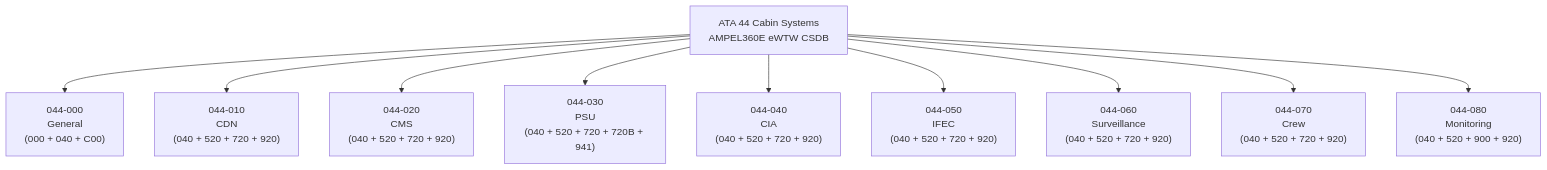
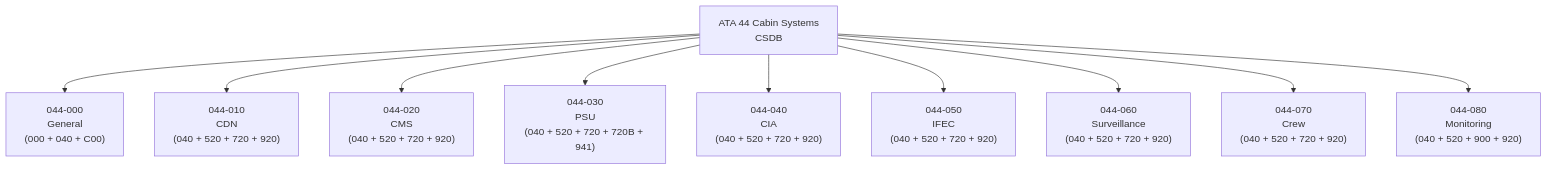
Before and after one commit to AmedeoPelliccia/Qplus-For-All-Queer-People-and-Quantum: the first of 3 diagrams in Q+ATLANTIDE/000-099_ATLAS/040-049_Avionica-Informacion-y-APU/044_Cabin-Systems/044-090-S1000D-CSDB-Mapping-and-Traceability.md, drawn with Mermaid. The commit also changed other lines of this file and 51 other files, not shown here.

First line of the commit message:
Generalize all 52 ATLAS S1000D-CSDB mapping files: remove AMPEL360E/eWTW/Programmes_example references, add scope: agnostic-standard, use generic DMC placeholders

````diff
--- a/Q+ATLANTIDE/000-099_ATLAS/040-049_Avionica-Informacion-y-APU/044_Cabin-Systems/044-090-S1000D-CSDB-Mapping-and-Traceability.md
+++ b/Q+ATLANTIDE/000-099_ATLAS/040-049_Avionica-Informacion-y-APU/044_Cabin-Systems/044-090-S1000D-CSDB-Mapping-and-Traceability.md
@@ -186,16 +187,16 @@
 ```mermaid
 graph TD
-    ATA44["ATA 44 Cabin Systems\nAMPEL360E eWTW CSDB"]
+    ATA44["ATA 44 Cabin Systems\n<PROGRAMME> CSDB"]
     G000["044-000\nGeneral\n(000 + 040 + C00)"]
     G010["044-010\nCDN\n(040 + 520 + 720 + 920)"]
     G020["044-020\nCMS\n(040 + 520 + 720 + 920)"]
     G030["044-030\nPSU\n(040 + 520 + 720 + 720B + 941)"]
     G040["044-040\nCIA\n(040 + 520 + 720 + 920)"]
     G050["044-050\nIFEC\n(040 + 520 + 720 + 920)"]
     G060["044-060\nSurveillance\n(040 + 520 + 720 + 920)"]
     G070["044-070\nCrew\n(040 + 520 + 720 + 920)"]
     G080["044-080\nMonitoring\n(040 + 520 + 900 + 920)"]
 
     ATA44 --> G000 & G010 & G020 & G030 & G040
     ATA44 --> G050 & G060 & G070 & G080
 ```
````
